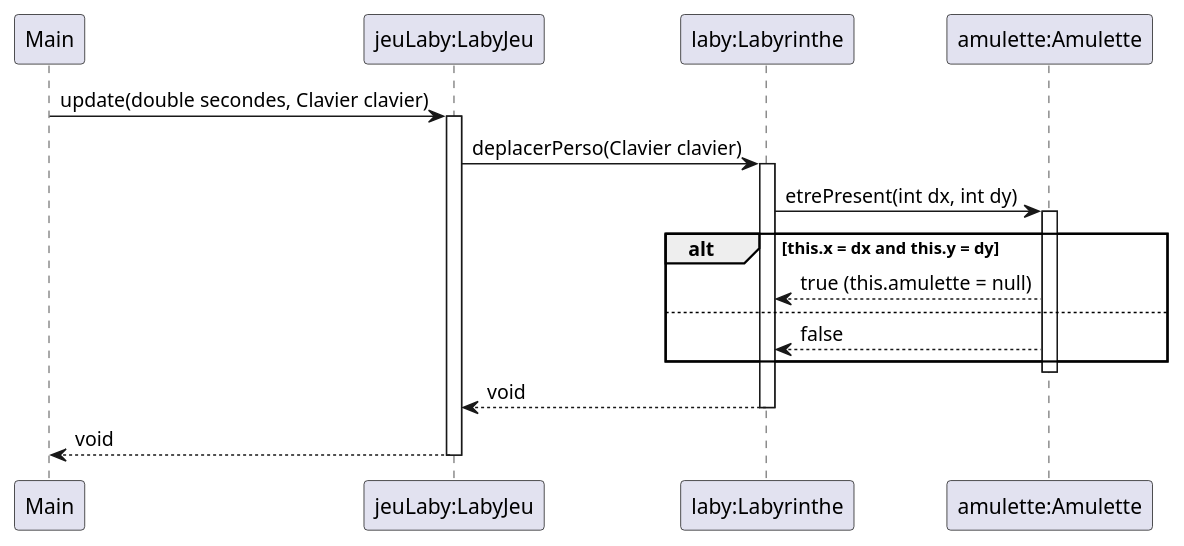
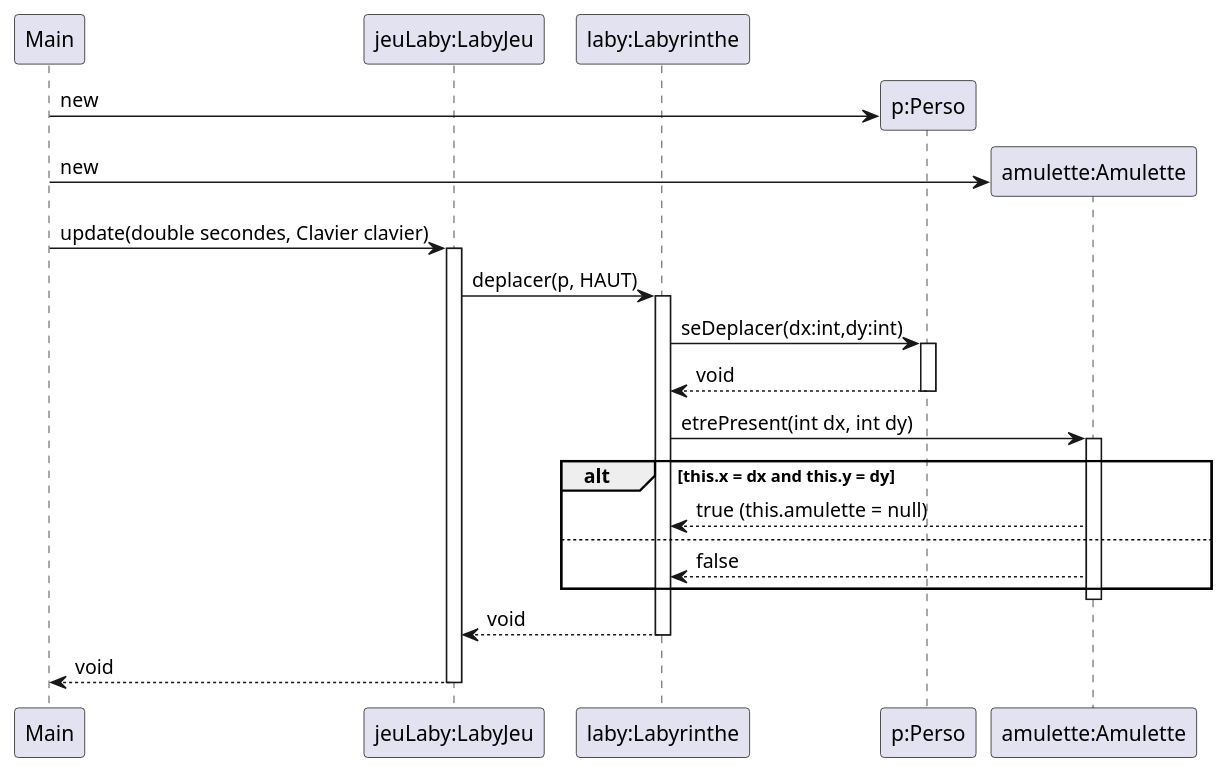
Before and after one commit to WashiFR/2023_Zeldiablo_weier3u_lemeunie6u_chauvel8u_dietric43u: the diagram in documents/version_3/Amulette_2.puml, drawn with PlantUML. The commit also changed 7 other files, not shown here.

Commit message:
Rectification des diagrammes de séquence

```diff
--- a/documents/version_3/Amulette_2.puml
+++ b/documents/version_3/Amulette_2.puml
@@ -1,28 +1,35 @@
 @startuml
 'https://plantuml.com/sequence-diagram
 
 participant Main as m
 participant "jeuLaby:LabyJeu" as j
 participant "laby:Labyrinthe" as l
-participant "amulette:Amulette" as a
+create "p:Perso" as perso
+m -> perso : new
+create "amulette:Amulette" as a
+m -> a : new
 m -> j : update(double secondes, Clavier clavier)
 activate j
-j -> l : deplacerPerso(Clavier clavier)
+j -> l : deplacer(p, HAUT)
 activate l
+l -> perso : seDeplacer(dx:int,dy:int)
+activate perso
+perso --> l : void
+deactivate perso
 l -> a : etrePresent(int dx, int dy)
 activate a
 alt this.x = dx and this.y = dy
 a --> l : true (this.amulette = null)
 else
 a --> l : false
 end
 deactivate a
 l --> j : void
 deactivate l
 j --> m : void
 deactivate j
 
 
 
 
 @enduml
```
